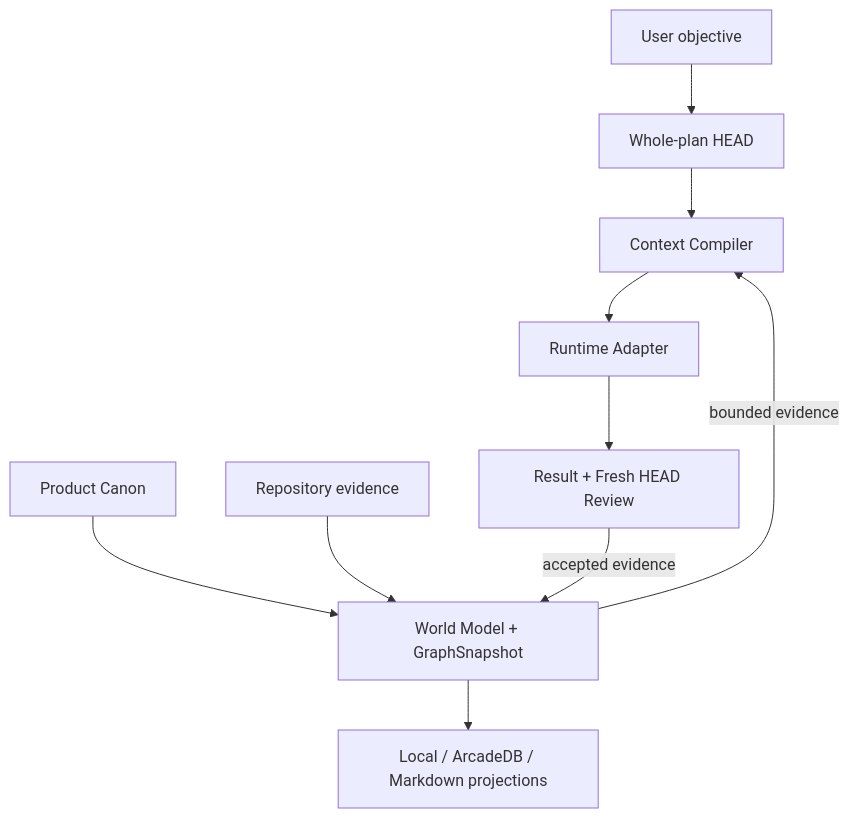
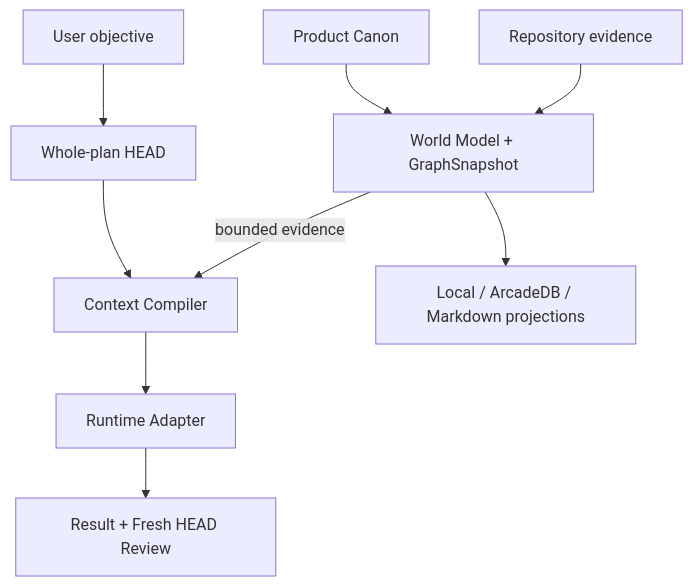
The first of 2 diagrams in README.md (binary1215/head-agent-plugin), drawn with Mermaid before and after one commit. The commit also changed other lines of this file, not shown here.

Commit message:
docs: clarify primary README execution flow

````diff
--- a/README.md
+++ b/README.md
@@ -63,12 +63,11 @@
 ```mermaid
 flowchart TB
     U[User objective] --> H[Whole-plan HEAD]
     PC[Product Canon] --> GS[World Model + GraphSnapshot]
     RE[Repository evidence] --> GS
     H --> CC[Context Compiler]
     GS -->|bounded evidence| CC
     CC --> RA[Runtime Adapter]
     RA --> FR[Result + Fresh HEAD Review]
-    FR -->|accepted evidence| GS
     GS --> P[Local / ArcadeDB / Markdown projections]
 ```
````
